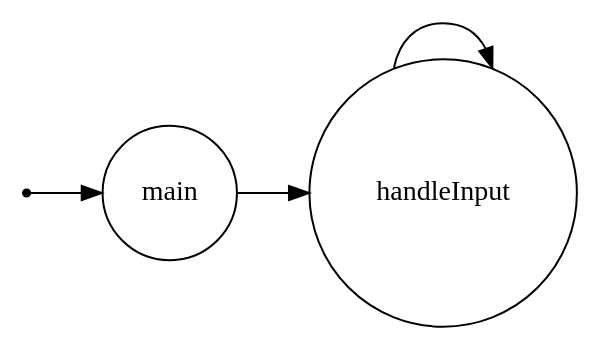
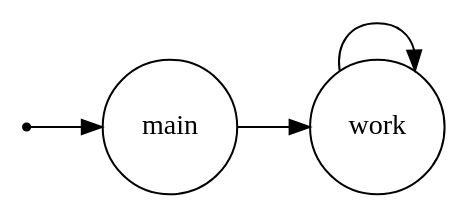
One commit to Diantha/TemaFinaleISS changed the diagram in srcMore/it/unibo/qacmdexecutor/dotFsm.gv. Above: the diagram before and after it, drawn with Graphviz. The commit also changed 14 other files, not shown here.

```diff
--- a/srcMore/it/unibo/qacmdexecutor/dotFsm.gv
+++ b/srcMore/it/unibo/qacmdexecutor/dotFsm.gv
@@ -1,22 +1,22 @@
 /*
 *
 * A GraphViz DOT FSM description 
 * Please use a GraphViz visualizer (like http://www.webgraphviz.com)
 * 
 * Generated by AM,NC,RM
 *  
 */
  
 digraph finite_state_machine {
   	rankdir=LR;
   	size="8,5"
   	node [shape = point]; iniziale;
   	node [shape = doublecircle]; 
   	node [shape = circle];
   	iniziale -> main [label = ""];
   	
   	
-  	main -> handleInput [ label = ""];
+  	main -> work [ label = ""];
   	
-  	handleInput -> handleInput [ label = ""];
+  	work -> work [ label = ""];
 }
```
